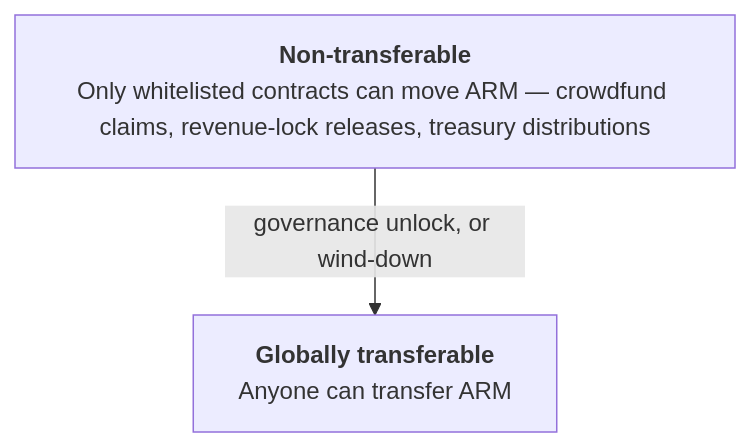
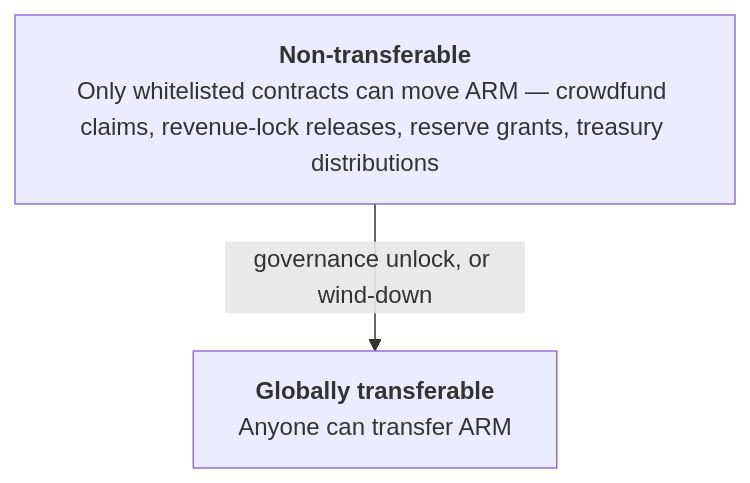
The diagram in docs/token/transfers.md (ship-armada/armada-docs), drawn with Mermaid before and after one commit. The commit also changed other lines of this file and 23 other files, not shown here.

````diff
--- a/docs/token/transfers.md
+++ b/docs/token/transfers.md
@@ -7,5 +7,5 @@
 ```mermaid
 %%{init: {"flowchart": {"wrappingWidth": 420, "nodeSpacing": 45, "rankSpacing": 50}, "themeVariables": {"fontSize": "16px"}}}%%
 flowchart TB
-  A["<b>Non-transferable</b><br/>Only whitelisted contracts can move ARM — crowdfund claims, revenue-lock releases, treasury distributions"] -->|"governance unlock, or wind-down"| B["<b>Globally transferable</b><br/>Anyone can transfer ARM"]
+  A["<b>Non-transferable</b><br/>Only whitelisted contracts can move ARM — crowdfund claims, revenue-lock releases, reserve grants, treasury distributions"] -->|"governance unlock, or wind-down"| B["<b>Globally transferable</b><br/>Anyone can transfer ARM"]
 ```
````
